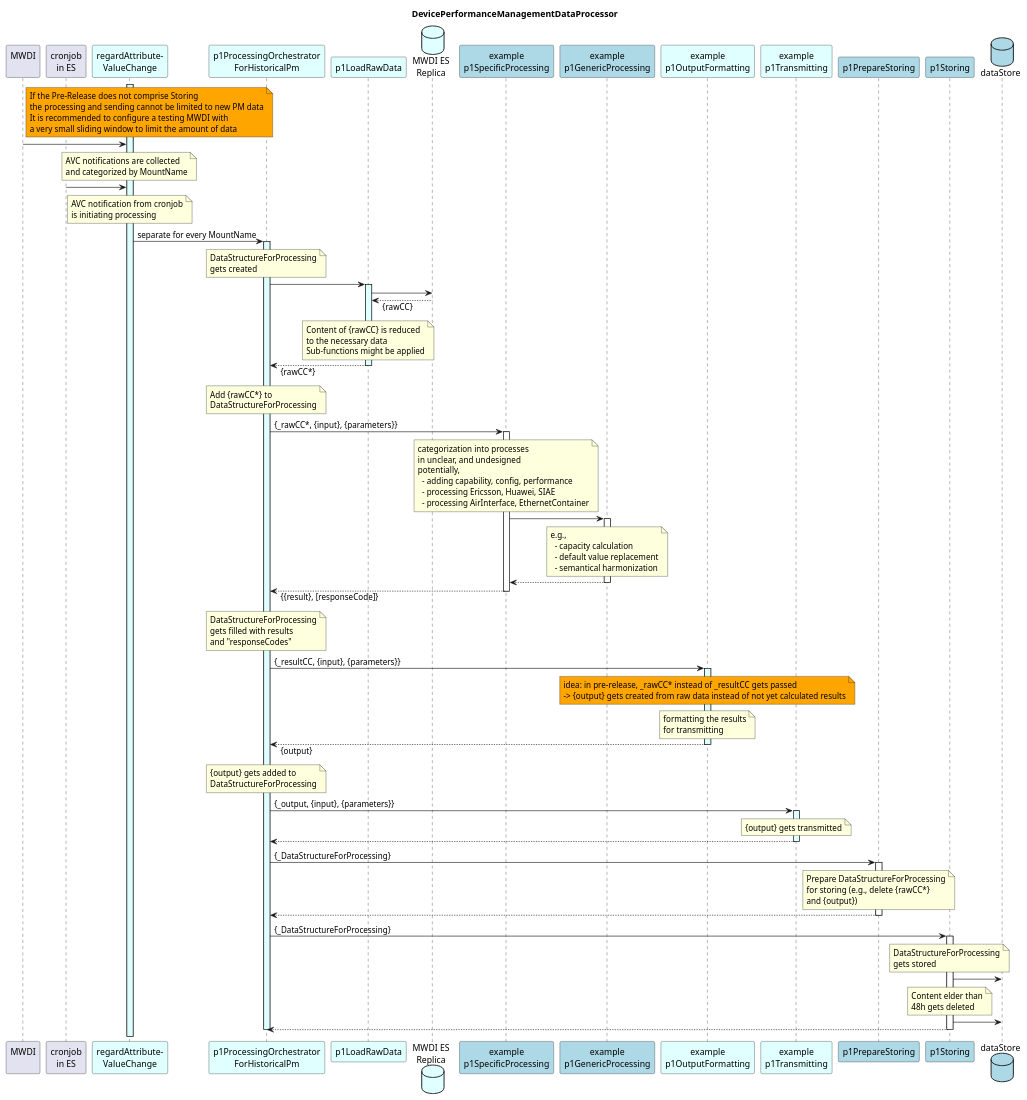
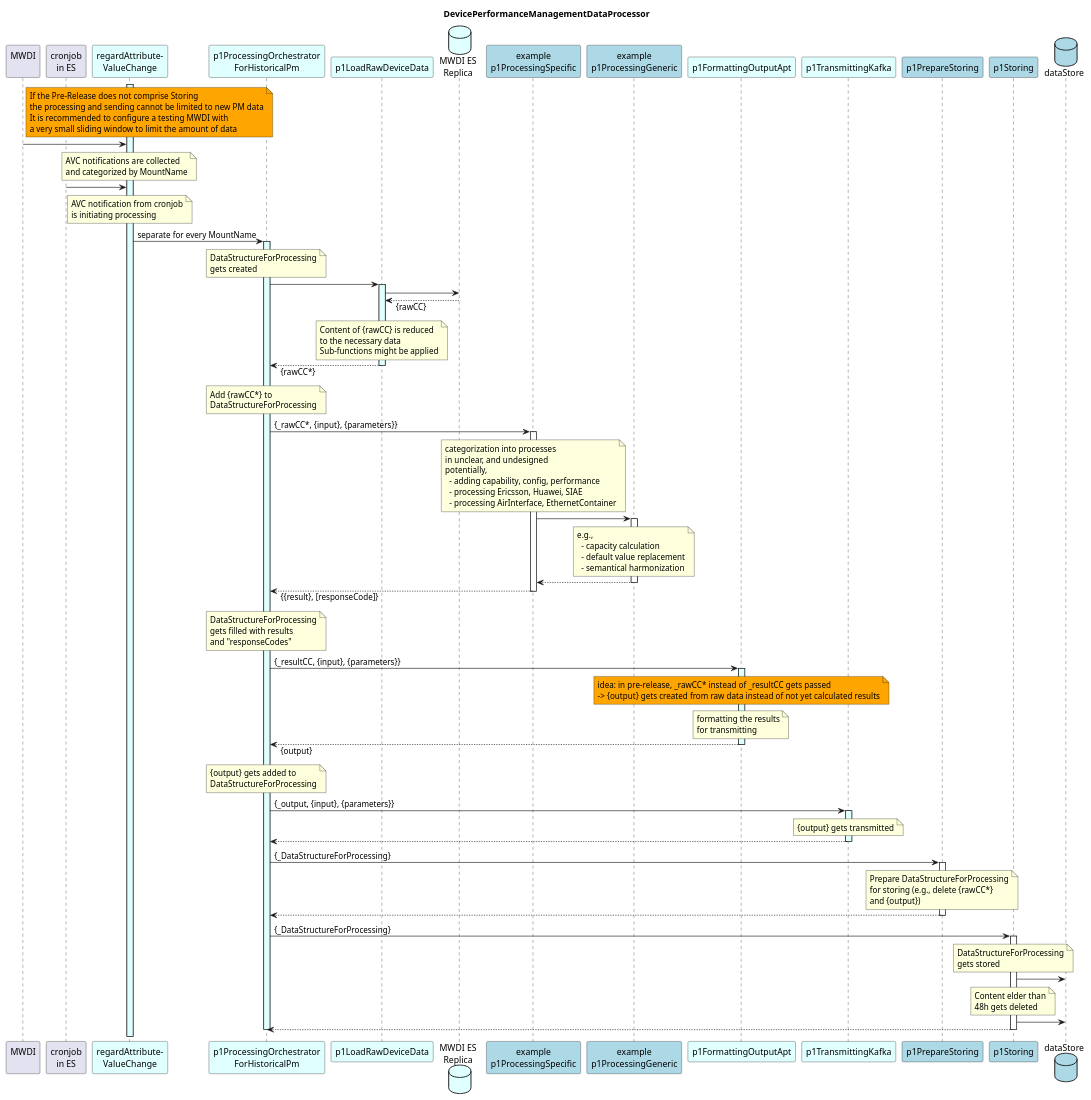
Before and after one commit to openBackhaul/DevicePerformanceManagementDataProcessor: the diagram in spec/diagrams/highlevelOverview/00_hl_overview.plantuml, drawn with PlantUML. The commit also changed 58 other files, not shown here.

```diff
--- a/spec/diagrams/highlevelOverview/00_hl_overview.plantuml
+++ b/spec/diagrams/highlevelOverview/00_hl_overview.plantuml
@@ -1,175 +1,175 @@
 @startuml 00_hl_overview
 skinparam responseMessageBelowArrow true
 
 title
   DevicePerformanceManagementDataProcessor
 end title
 
 participant "MWDI\n" as mwdi
 participant "cronjob\nin ES" as cjes
 participant "regardAttribute-\nValueChange" as rAVC #LightCyan
 
 participant "p1ProcessingOrchestrator\nForHistoricalPm" as p1ProOrch #LightCyan
 
-participant "p1LoadRawData" as p1AddRaw #LightCyan
+participant "p1LoadRawDeviceData" as p1AddRaw #LightCyan
 database  "MWDI ES\nReplica" as MwdiEs #LightCyan
 
-participant "example\np1SpecificProcessing" as p1Specific #LightBlue
-participant "example\np1GenericProcessing" as p1Generic #LightBlue
+participant "example\np1ProcessingSpecific" as p1Specific #LightBlue
+participant "example\np1ProcessingGeneric" as p1Generic #LightBlue
 
-participant "example\np1OutputFormatting" as p1Output #LightCyan
-participant "example\np1Transmitting" as p1Trans #LightCyan
+participant "p1FormattingOutputApt" as p1Output #LightCyan
+participant "p1TransmittingKafka" as p1Trans #LightCyan
 
 participant "p1PrepareStoring" as p1PrepStore #LightBlue
 
 participant "p1Storing" as p1Store #LightBlue
 database "dataStore" as db #LightBlue
 
 note right mwdi #Orange
   If the Pre-Release does not comprise Storing
   the processing and sending cannot be limited to new PM data
   It is recommended to configure a testing MWDI with
   a very small sliding window to limit the amount of data  
 end note
 
 activate rAVC #LightCyan
 
 mwdi -> rAVC
 note over rAVC
   AVC notifications are collected
   and categorized by MountName
 end note
 
 cjes -> rAVC
 note over rAVC
   AVC notification from cronjob
   is initiating processing
 end note
 
 rAVC -> p1ProOrch : separate for every MountName
 activate p1ProOrch #LightCyan
 
   note over p1ProOrch
     DataStructureForProcessing
     gets created
   end note
 
   p1ProOrch -> p1AddRaw
   activate p1AddRaw #LightCyan
 
     p1AddRaw -> MwdiEs
     p1AddRaw <-- MwdiEs : {rawCC}
     note over p1AddRaw
       Content of {rawCC} is reduced 
       to the necessary data
       Sub-functions might be applied
     end note
 
   p1ProOrch <-- p1AddRaw : {rawCC*}
   deactivate p1AddRaw
 
   note over p1ProOrch
     Add {rawCC*} to
     DataStructureForProcessing
   end note
 
   p1ProOrch -> p1Specific : {_rawCC*, {input}, {parameters}}
   activate p1Specific
 
     note over p1Specific
       categorization into processes 
       in unclear, and undesigned
       potentially, 
         - adding capability, config, performance
         - processing Ericsson, Huawei, SIAE
         - processing AirInterface, EthernetContainer
     end note
 
     p1Specific -> p1Generic
     activate p1Generic
   
       note over p1Generic
         e.g., 
           - capacity calculation
           - default value replacement
           - semantical harmonization
       end note
 
     p1Specific <-- p1Generic
     deactivate p1Generic
     
   p1ProOrch <-- p1Specific : {{result}, [responseCode]}
   deactivate p1Specific
 
   note over p1ProOrch
     DataStructureForProcessing
     gets filled with results
     and "responseCodes"
   end note
 
   p1ProOrch -> p1Output : {_resultCC, {input}, {parameters}}
   activate p1Output #LightCyan
 
     note over p1Output #Orange
       idea: in pre-release, _rawCC* instead of _resultCC gets passed
       -> {output} gets created from raw data instead of not yet calculated results
     end note
 
     note over p1Output
       formatting the results
       for transmitting
     end note
 
   p1ProOrch <-- p1Output : {output}
   deactivate p1Output
 
   note over p1ProOrch
     {output} gets added to
     DataStructureForProcessing
   end note
 
   p1ProOrch -> p1Trans : {_output, {input}, {parameters}}
   activate p1Trans #LightCyan
 
     note over p1Trans
       {output} gets transmitted
     end note
 
   p1ProOrch <-- p1Trans
   deactivate p1Trans
 
   p1ProOrch -> p1PrepStore : {_DataStructureForProcessing}
   activate p1PrepStore
 
     note over p1PrepStore
       Prepare DataStructureForProcessing
       for storing (e.g., delete {rawCC*}
       and {output})
     end note
 
   p1ProOrch <-- p1PrepStore
   deactivate p1PrepStore
 
   p1ProOrch -> p1Store : {_DataStructureForProcessing}
   activate p1Store
 
     note over p1Store
       DataStructureForProcessing
       gets stored
     end note
 
     p1Store -> db
 
     note over p1Store
       Content elder than
       48h gets deleted
     end note
 
     p1Store -> db
 
   p1ProOrch <-- p1Store
   deactivate p1Store
 
 deactivate p1ProOrch
 
 @enduml
```
